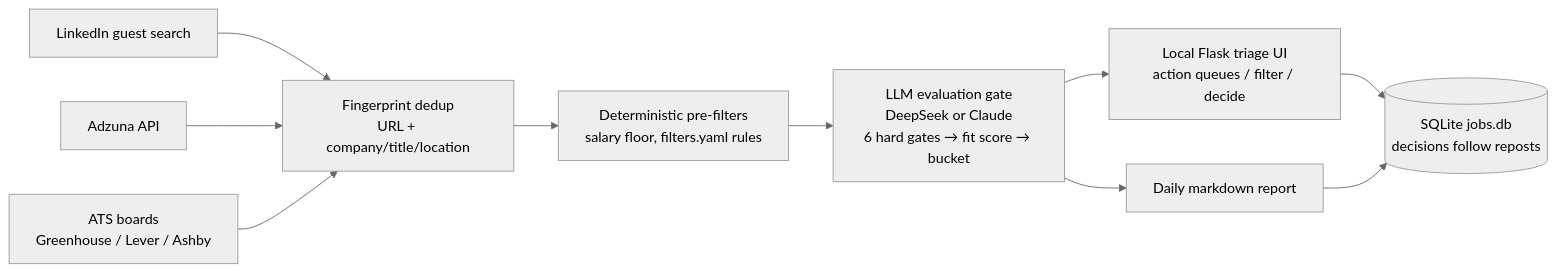
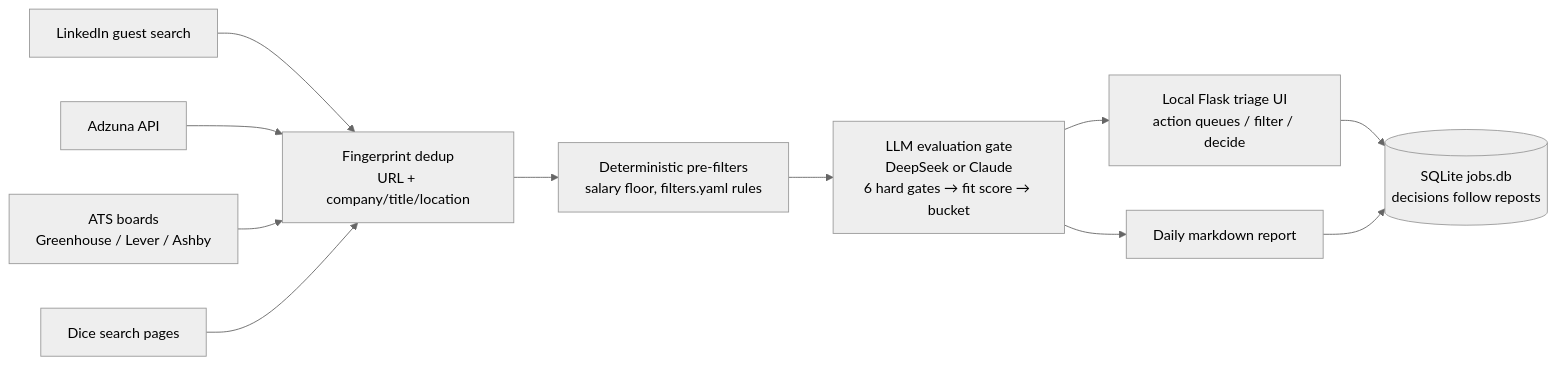
The diagram in README.md (MIDDLESECOND/jobsearch_pipeline), drawn with Mermaid (neutral theme) before and after one commit. The commit also changed other lines of this file and 22 other files, not shown here.

````diff
--- a/README.md
+++ b/README.md
@@ -34,12 +35,13 @@
 ```mermaid
 flowchart LR
     A["LinkedIn guest search"] --> D["Fingerprint dedup<br/>URL + company/title/location"]
     B["Adzuna API"] --> D
     C["ATS boards<br/>Greenhouse / Lever / Ashby"] --> D
+    J["Dice search pages"] --> D
     D --> E["Deterministic pre-filters<br/>salary floor, filters.yaml rules"]
     E --> F["LLM evaluation gate<br/>DeepSeek or Claude<br/>6 hard gates → fit score → bucket"]
     F --> G["Daily markdown report"]
     F --> H["Local Flask triage UI<br/>action queues / filter / decide"]
     H --> I[("SQLite jobs.db<br/>decisions follow reposts")]
     G --> I
 ```
````
